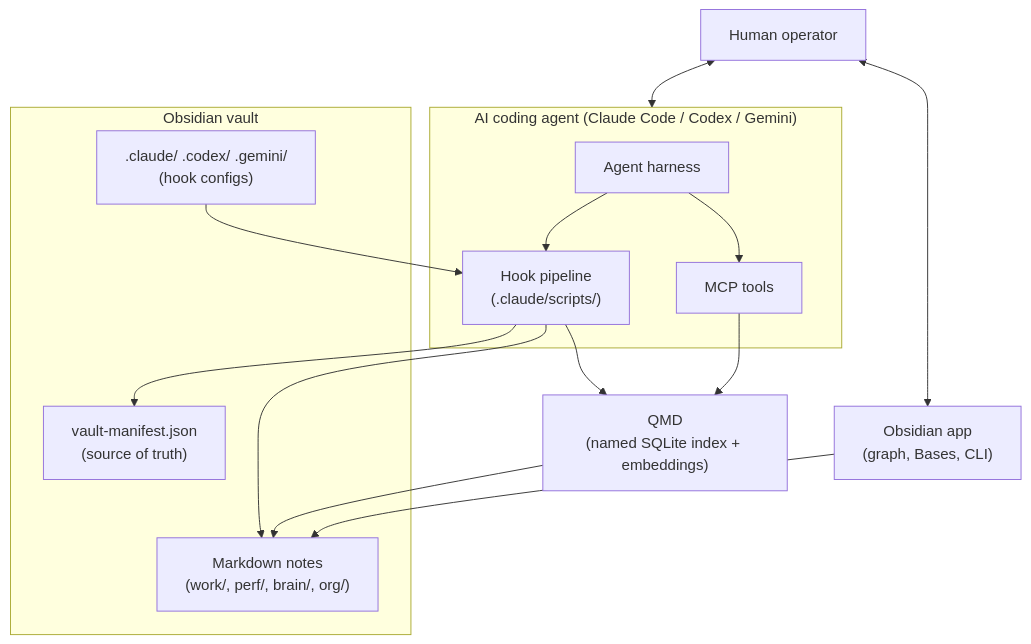
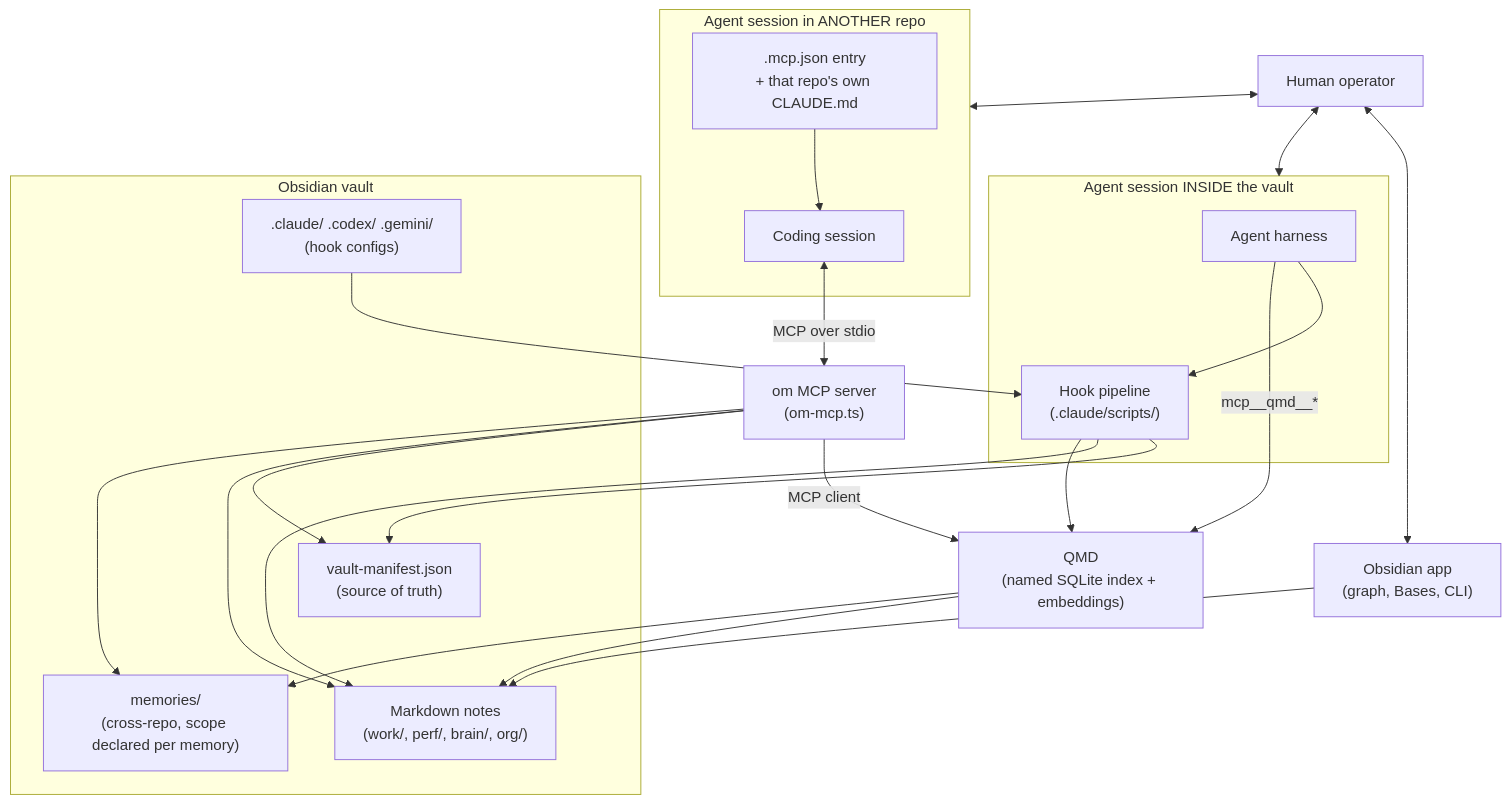
One commit to breferrari/obsidian-mind changed the first of 18 diagrams in ARCHITECTURE.md. Above: the diagram before and after it, drawn with Mermaid. The commit also changed other lines of this file and 21 other files, not shown here.

First line of the commit message:
docs: document the om layer in ARCHITECTURE, and finish the posture sweep

````diff
--- a/ARCHITECTURE.md
+++ b/ARCHITECTURE.md
@@ -19,28 +22,40 @@
 ```mermaid
 flowchart TB
     User["Human operator"]
-    subgraph Agent["AI coding agent (Claude Code / Codex / Gemini)"]
+    subgraph Agent["Agent session INSIDE the vault"]
         Harness["Agent harness"]
         Hooks["Hook pipeline<br/>(.claude/scripts/)"]
-        MCP["MCP tools"]
+    end
+    subgraph Foreign["Agent session in ANOTHER repo"]
+        FSession["Coding session"]
+        FConfig[".mcp.json entry<br/>+ that repo's own CLAUDE.md"]
     end
     subgraph Vault["Obsidian vault"]
         Manifest["vault-manifest.json<br/>(source of truth)"]
         Notes["Markdown notes<br/>(work/, perf/, brain/, org/)"]
+        Memories["memories/<br/>(cross-repo, scope declared per memory)"]
         Config[".claude/ .codex/ .gemini/<br/>(hook configs)"]
     end
+    OM["om MCP server<br/>(om-mcp.ts)"]
     QMD["QMD<br/>(named SQLite index + embeddings)"]
     Obsidian["Obsidian app<br/>(graph, Bases, CLI)"]
 
     User <--> Agent
+    User <--> Foreign
     User <--> Obsidian
     Harness --> Hooks
-    Harness --> MCP
+    Harness -->|"mcp__qmd__*"| QMD
     Hooks --> Manifest
     Hooks --> Notes
     Hooks --> QMD
-    MCP --> QMD
+    Config --> Hooks
+    FConfig --> FSession
+    FSession <-->|"MCP over stdio"| OM
+    OM --> Manifest
+    OM --> Notes
+    OM --> Memories
+    OM -->|"MCP client"| QMD
     QMD --> Notes
+    QMD --> Memories
     Obsidian --> Notes
-    Config --> Hooks
 ```
````
